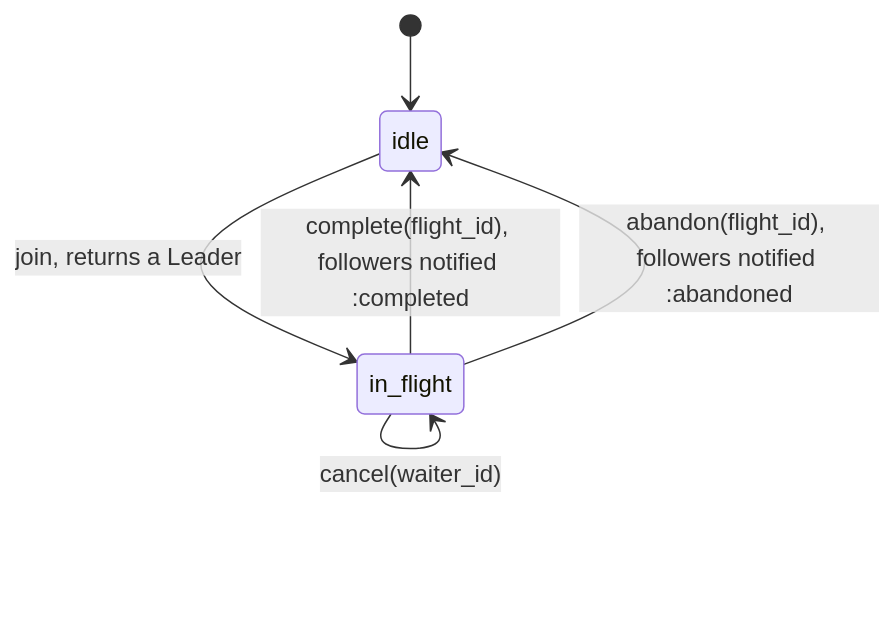
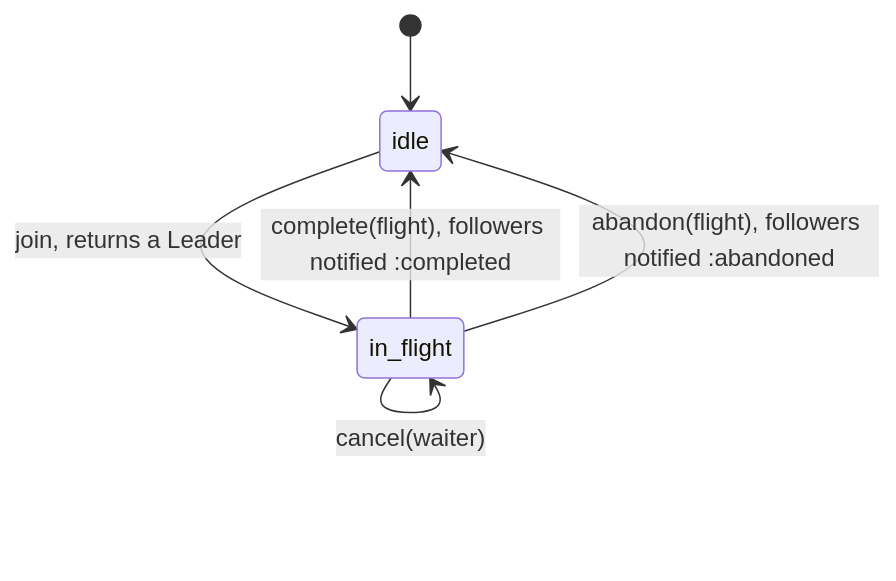
The first of 2 diagrams in README.md (seuros/coalesce_machines), drawn with Mermaid before and after one commit. The commit also changed other lines of this file and 8 other files, not shown here.

````diff
--- a/README.md
+++ b/README.md
@@ -66,9 +66,9 @@
 ```mermaid
 stateDiagram-v2
     [*] --> idle
     idle --> in_flight: join, returns a Leader
     in_flight --> in_flight: join, returns a Follower
-    in_flight --> in_flight: cancel(waiter_id)
-    in_flight --> idle: complete(flight_id), followers notified :completed
-    in_flight --> idle: abandon(flight_id), followers notified :abandoned
+    in_flight --> in_flight: cancel(waiter)
+    in_flight --> idle: complete(flight), followers notified :completed
+    in_flight --> idle: abandon(flight), followers notified :abandoned
 ```
````
